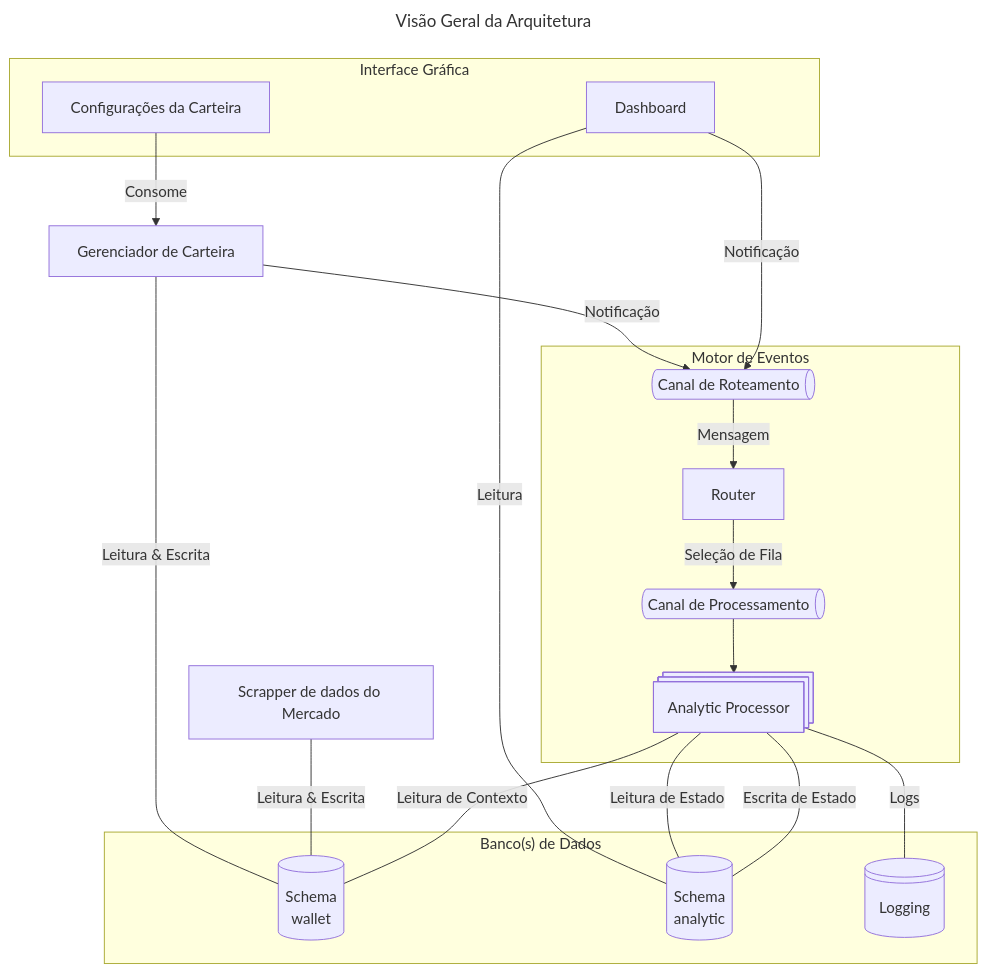
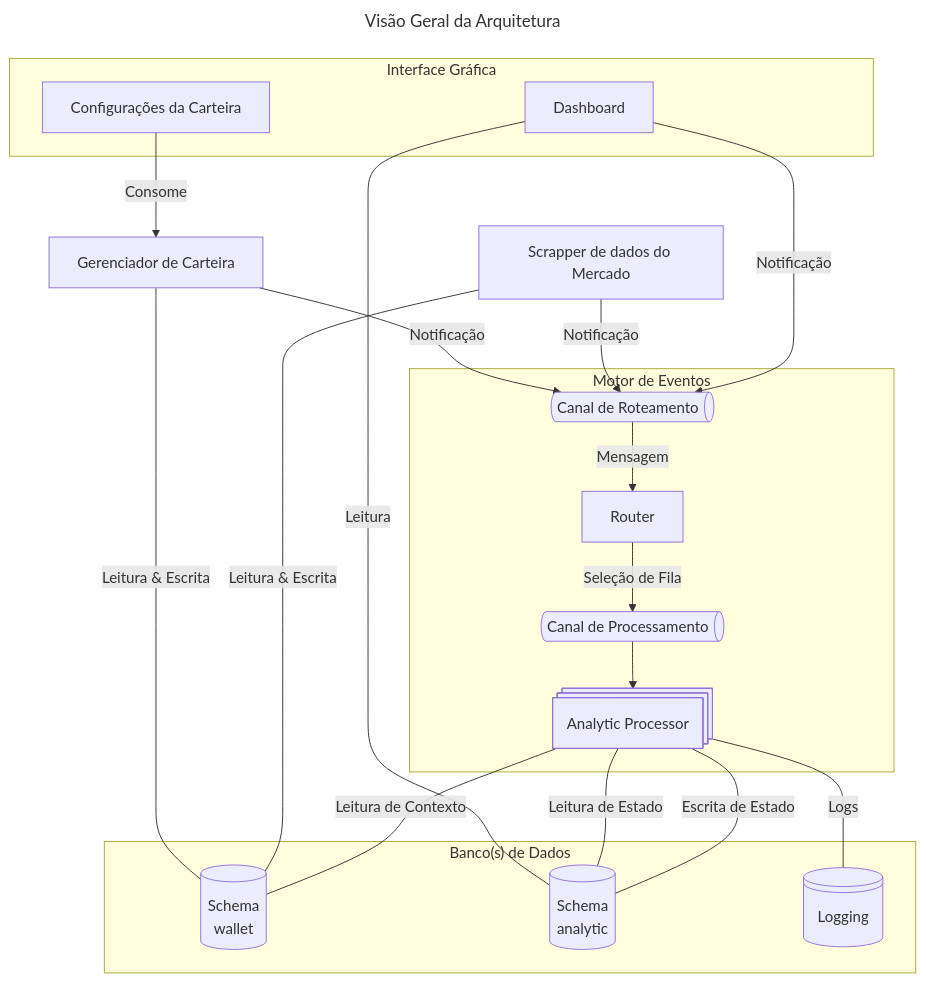
Before and after one commit to moesio-f/invest-earnings-dashboard: the diagram in README.md, drawn with Mermaid. The commit also changed 1 other file, not shown here.

Commit message:
chore(docs): update architecture diagram

````diff
--- a/README.md
+++ b/README.md
@@ -39,40 +39,41 @@
 ```mermaid
 ---
 title: Visão Geral da Arquitetura
 ---
 flowchart TD
     subgraph "Banco(s) de Dados"
         wallet_db[("<p>Schema</p>wallet")]
         analytic_db[("<p>Schema</p>analytic")]
         logging_db@{shape: lin-cyl, label: "Logging"}
     end
     wallet_api[Gerenciador de Carteira]
     market_scrapper[Scrapper de dados do Mercado]
 
     subgraph Interface Gráfica
         dashboard[Dashboard]
         settings_ui[Configurações da Carteira]
     end
 
     subgraph Motor de Eventos
         router_channel@{shape: das, label: "Canal de Roteamento"}
         processor_channel@{shape: das, label: "Canal de Processamento"}
         router[Router]
         processor@{shape: procs, label: "Analytic Processor"}
 
         router_channel -->|Mensagem| router
         router -->|Seleção de Fila| processor_channel
         processor_channel --> processor
     end
 
     settings_ui -->|Consome| wallet_api
     wallet_api ---|Leitura & Escrita| wallet_db
     market_scrapper ---|Leitura & Escrita| wallet_db
     wallet_api -->|Notificação| router_channel
+    market_scrapper -->|Notificação| router_channel
     dashboard -->|Notificação| router_channel
     dashboard ---|Leitura| analytic_db
     processor ---|Leitura de Contexto| wallet_db
     processor ---|Logs| logging_db
     processor ---|Leitura de Estado| analytic_db
     processor ---|Escrita de Estado| analytic_db
 ```
````
